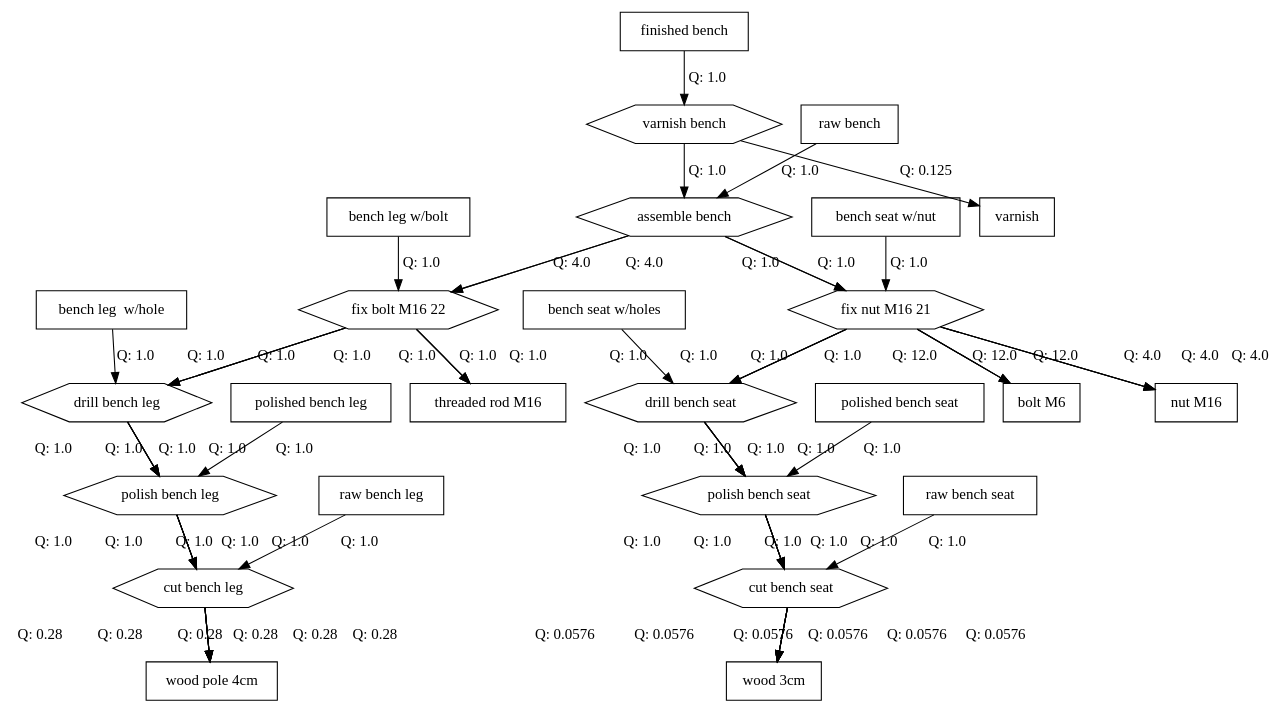
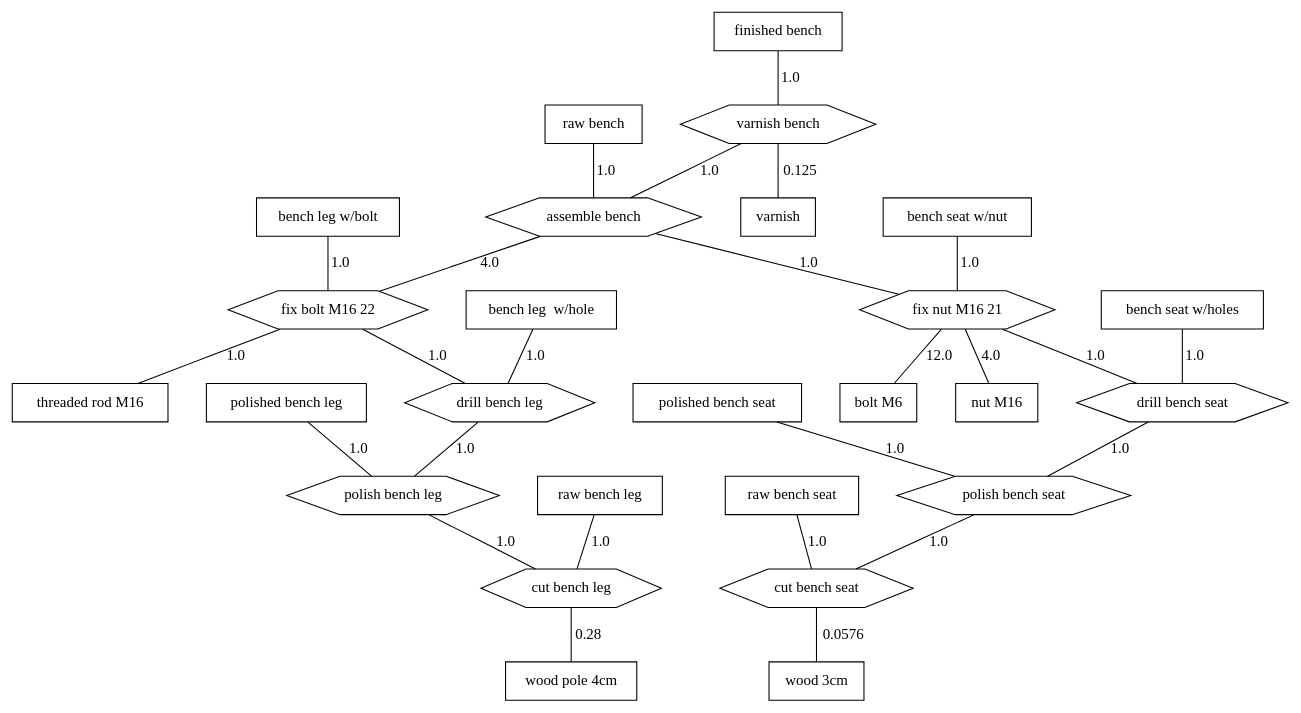
The diagram in outFiles/production_tree.dot (ricardomm7/buildflow), drawn with Graphviz before and after one commit. The commit also changed 3 other files, not shown here.

Commit message:
Graphviz corrected, now working well. #226

```diff
--- a/outFiles/production_tree.dot
+++ b/outFiles/production_tree.dot
@@ -1,141 +1,107 @@
-digraph G {
+graph G {
   splines=false;
+  nodesep=0.5;
+  ranksep=0.5;
   "1001" [shape=box label="bench leg  w/hole"];
-  "1001" -> "14" [label="Q: 1.0"];
+  "1001" -- "14" [label="1.0"];
   "14" [shape=hexagon label="drill bench leg"];
-  "14" -> "18" [label="Q: 1.0"];
+  "14" -- "18" [label="1.0"];
   "18" [shape=hexagon label="polish bench leg"];
-  "18" -> "12" [label="Q: 1.0"];
+  "18" -- "12" [label="1.0"];
   "12" [shape=hexagon label="cut bench leg"];
-  "12" -> "1016" [label="Q: 0.28"];
+  "12" -- "1016" [label="0.28"];
   "1016" [shape=box label="wood pole 4cm"];
   "1002" [shape=box label="bench leg w/bolt"];
-  "1002" -> "16" [label="Q: 1.0"];
+  "1002" -- "16" [label="1.0"];
   "16" [shape=hexagon label="fix bolt M16 22"];
-  "16" -> "1013" [label="Q: 1.0"];
+  "16" -- "1013" [label="1.0"];
   "1013" [shape=box label="threaded rod M16"];
-  "16" -> "14" [label="Q: 1.0"];
+  "16" -- "14" [label="1.0"];
   "14" [shape=hexagon label="drill bench leg"];
-  "14" -> "18" [label="Q: 1.0"];
   "18" [shape=hexagon label="polish bench leg"];
-  "18" -> "12" [label="Q: 1.0"];
   "12" [shape=hexagon label="cut bench leg"];
-  "12" -> "1016" [label="Q: 0.28"];
   "1016" [shape=box label="wood pole 4cm"];
   "1003" [shape=box label="bench seat w/holes"];
-  "1003" -> "15" [label="Q: 1.0"];
+  "1003" -- "15" [label="1.0"];
   "15" [shape=hexagon label="drill bench seat "];
-  "15" -> "19" [label="Q: 1.0"];
+  "15" -- "19" [label="1.0"];
   "19" [shape=hexagon label="polish bench seat "];
-  "19" -> "13" [label="Q: 1.0"];
+  "19" -- "13" [label="1.0"];
   "13" [shape=hexagon label="cut bench seat"];
-  "13" -> "1015" [label="Q: 0.0576"];
+  "13" -- "1015" [label="0.0576"];
   "1015" [shape=box label="wood 3cm"];
   "1004" [shape=box label="bench seat w/nut"];
-  "1004" -> "17" [label="Q: 1.0"];
+  "1004" -- "17" [label="1.0"];
   "17" [shape=hexagon label="fix nut M16 21"];
-  "17" -> "1005" [label="Q: 12.0"];
+  "17" -- "1005" [label="12.0"];
   "1005" [shape=box label="bolt M6"];
-  "17" -> "15" [label="Q: 1.0"];
+  "17" -- "15" [label="1.0"];
   "15" [shape=hexagon label="drill bench seat "];
-  "15" -> "19" [label="Q: 1.0"];
   "19" [shape=hexagon label="polish bench seat "];
-  "19" -> "13" [label="Q: 1.0"];
   "13" [shape=hexagon label="cut bench seat"];
-  "13" -> "1015" [label="Q: 0.0576"];
   "1015" [shape=box label="wood 3cm"];
-  "17" -> "1007" [label="Q: 4.0"];
+  "17" -- "1007" [label="4.0"];
   "1007" [shape=box label="nut M16"];
   "1005" [shape=box label="bolt M6"];
   "1006" [shape=box label="finished bench"];
-  "1006" -> "20" [label="Q: 1.0"];
+  "1006" -- "20" [label="1.0"];
   "20" [shape=hexagon label="varnish bench "];
-  "20" -> "1014" [label="Q: 0.125"];
+  "20" -- "1014" [label="0.125"];
   "1014" [shape=box label="varnish"];
-  "20" -> "11" [label="Q: 1.0"];
+  "20" -- "11" [label="1.0"];
   "11" [shape=hexagon label="assemble bench "];
-  "11" -> "16" [label="Q: 4.0"];
+  "11" -- "16" [label="4.0"];
   "16" [shape=hexagon label="fix bolt M16 22"];
-  "16" -> "1013" [label="Q: 1.0"];
   "1013" [shape=box label="threaded rod M16"];
-  "16" -> "14" [label="Q: 1.0"];
   "14" [shape=hexagon label="drill bench leg"];
-  "14" -> "18" [label="Q: 1.0"];
   "18" [shape=hexagon label="polish bench leg"];
-  "18" -> "12" [label="Q: 1.0"];
   "12" [shape=hexagon label="cut bench leg"];
-  "12" -> "1016" [label="Q: 0.28"];
   "1016" [shape=box label="wood pole 4cm"];
-  "11" -> "17" [label="Q: 1.0"];
+  "11" -- "17" [label="1.0"];
   "17" [shape=hexagon label="fix nut M16 21"];
-  "17" -> "1005" [label="Q: 12.0"];
   "1005" [shape=box label="bolt M6"];
-  "17" -> "15" [label="Q: 1.0"];
   "15" [shape=hexagon label="drill bench seat "];
-  "15" -> "19" [label="Q: 1.0"];
   "19" [shape=hexagon label="polish bench seat "];
-  "19" -> "13" [label="Q: 1.0"];
   "13" [shape=hexagon label="cut bench seat"];
-  "13" -> "1015" [label="Q: 0.0576"];
   "1015" [shape=box label="wood 3cm"];
-  "17" -> "1007" [label="Q: 4.0"];
   "1007" [shape=box label="nut M16"];
   "1007" [shape=box label="nut M16"];
   "1008" [shape=box label="polished bench leg"];
-  "1008" -> "18" [label="Q: 1.0"];
+  "1008" -- "18" [label="1.0"];
   "18" [shape=hexagon label="polish bench leg"];
-  "18" -> "12" [label="Q: 1.0"];
   "12" [shape=hexagon label="cut bench leg"];
-  "12" -> "1016" [label="Q: 0.28"];
   "1016" [shape=box label="wood pole 4cm"];
   "1009" [shape=box label="polished bench seat"];
-  "1009" -> "19" [label="Q: 1.0"];
+  "1009" -- "19" [label="1.0"];
   "19" [shape=hexagon label="polish bench seat "];
-  "19" -> "13" [label="Q: 1.0"];
   "13" [shape=hexagon label="cut bench seat"];
-  "13" -> "1015" [label="Q: 0.0576"];
   "1015" [shape=box label="wood 3cm"];
   "1010" [shape=box label="raw bench"];
-  "1010" -> "11" [label="Q: 1.0"];
+  "1010" -- "11" [label="1.0"];
   "11" [shape=hexagon label="assemble bench "];
-  "11" -> "16" [label="Q: 4.0"];
   "16" [shape=hexagon label="fix bolt M16 22"];
-  "16" -> "1013" [label="Q: 1.0"];
   "1013" [shape=box label="threaded rod M16"];
-  "16" -> "14" [label="Q: 1.0"];
   "14" [shape=hexagon label="drill bench leg"];
-  "14" -> "18" [label="Q: 1.0"];
   "18" [shape=hexagon label="polish bench leg"];
-  "18" -> "12" [label="Q: 1.0"];
   "12" [shape=hexagon label="cut bench leg"];
-  "12" -> "1016" [label="Q: 0.28"];
   "1016" [shape=box label="wood pole 4cm"];
-  "11" -> "17" [label="Q: 1.0"];
   "17" [shape=hexagon label="fix nut M16 21"];
-  "17" -> "1005" [label="Q: 12.0"];
   "1005" [shape=box label="bolt M6"];
-  "17" -> "15" [label="Q: 1.0"];
   "15" [shape=hexagon label="drill bench seat "];
-  "15" -> "19" [label="Q: 1.0"];
   "19" [shape=hexagon label="polish bench seat "];
-  "19" -> "13" [label="Q: 1.0"];
   "13" [shape=hexagon label="cut bench seat"];
-  "13" -> "1015" [label="Q: 0.0576"];
   "1015" [shape=box label="wood 3cm"];
-  "17" -> "1007" [label="Q: 4.0"];
   "1007" [shape=box label="nut M16"];
   "1011" [shape=box label="raw bench leg"];
-  "1011" -> "12" [label="Q: 1.0"];
+  "1011" -- "12" [label="1.0"];
   "12" [shape=hexagon label="cut bench leg"];
-  "12" -> "1016" [label="Q: 0.28"];
   "1016" [shape=box label="wood pole 4cm"];
   "1012" [shape=box label="raw bench seat"];
-  "1012" -> "13" [label="Q: 1.0"];
+  "1012" -- "13" [label="1.0"];
   "13" [shape=hexagon label="cut bench seat"];
-  "13" -> "1015" [label="Q: 0.0576"];
   "1015" [shape=box label="wood 3cm"];
   "1013" [shape=box label="threaded rod M16"];
   "1014" [shape=box label="varnish"];
   "1015" [shape=box label="wood 3cm"];
   "1016" [shape=box label="wood pole 4cm"];
 }
```
